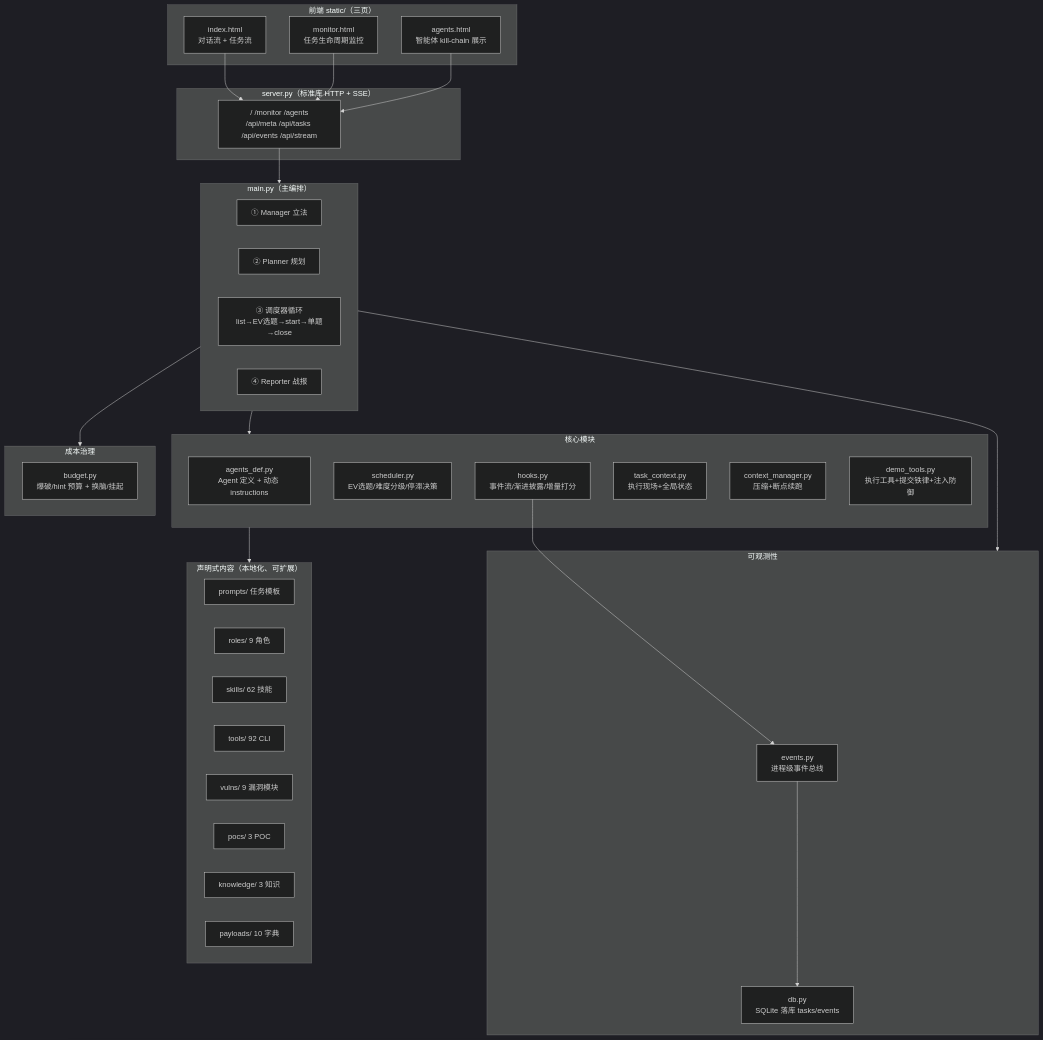
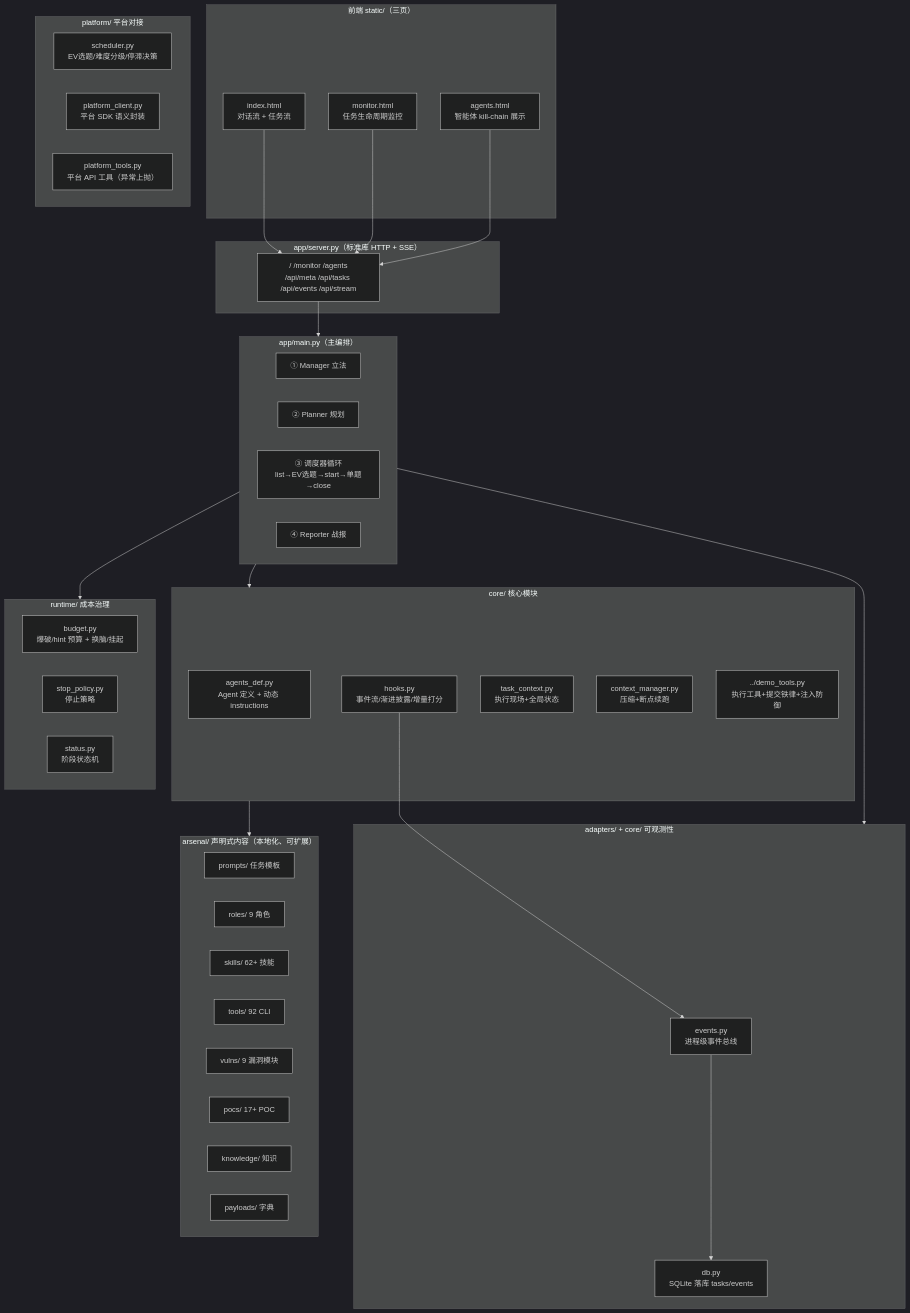
Before and after one commit to honysyang/secai: the first of 4 diagrams in README.md, drawn with Mermaid (dark theme). The commit also changed other lines of this file and 4 other files, not shown here.

````diff
--- a/README.md
+++ b/README.md
@@ -45,56 +47,63 @@
 ```mermaid
 flowchart TB
     subgraph Frontend["前端 static/（三页）"]
         FE1["index.html<br/>对话流 + 任务流"]
         FE2["monitor.html<br/>任务生命周期监控"]
         FE3["agents.html<br/>智能体 kill-chain 展示"]
     end
 
-    subgraph Server["server.py（标准库 HTTP + SSE）"]
+    subgraph Server["app/server.py（标准库 HTTP + SSE）"]
         SRV["/ /monitor /agents<br/>/api/meta /api/tasks /api/events /api/stream"]
     end
 
-    subgraph Orchestrator["main.py（主编排）"]
+    subgraph Orchestrator["app/main.py（主编排）"]
         MGR["① Manager 立法"]
         PLN["② Planner 规划"]
         SCH["③ 调度器循环<br/>list→EV选题→start→单题→close"]
         RPT["④ Reporter 战报"]
     end
 
-    subgraph Core["核心模块"]
+    subgraph Core["core/ 核心模块"]
         AGENT["agents_def.py<br/>Agent 定义 + 动态 instructions"]
-        SCHED["scheduler.py<br/>EV选题/难度分级/停滞决策"]
         HOOKS["hooks.py<br/>事件流/渐进披露/增量打分"]
         CTX["task_context.py<br/>执行现场+全局状态"]
         CTXM["context_manager.py<br/>压缩+断点续跑"]
-        TOOLS["demo_tools.py<br/>执行工具+提交铁律+注入防御"]
+        TOOLS["../demo_tools.py<br/>执行工具+提交铁律+注入防御"]
     end
 
-    subgraph Observability["可观测性"]
+    subgraph Platform["platform/ 平台对接"]
+        SCHED["scheduler.py<br/>EV选题/难度分级/停滞决策"]
+        PCLI["platform_client.py<br/>平台 SDK 语义封装"]
+        PTOOLS["platform_tools.py<br/>平台 API 工具（异常上抛）"]
+    end
+
+    subgraph Observability["adapters/ + core/ 可观测性"]
         BUS["events.py<br/>进程级事件总线"]
         DB["db.py<br/>SQLite 落库 tasks/events"]
     end
 
-    subgraph Budget["成本治理"]
+    subgraph Budget["runtime/ 成本治理"]
         BGT["budget.py<br/>爆破/hint 预算 + 换脑/挂起"]
+        STP["stop_policy.py<br/>停止策略"]
+        STA["status.py<br/>阶段状态机"]
     end
 
-    subgraph Declarative["声明式内容（本地化、可扩展）"]
+    subgraph Declarative["arsenal/ 声明式内容（本地化、可扩展）"]
         PROMPTS["prompts/ 任务模板"]
         ROLES["roles/ 9 角色"]
-        SKILLS["skills/ 62 技能"]
+        SKILLS["skills/ 62+ 技能"]
         CLITOOLS["tools/ 92 CLI"]
         VULNS["vulns/ 9 漏洞模块"]
-        POCS["pocs/ 3 POC"]
-        KNOW["knowledge/ 3 知识"]
-        PAYL["payloads/ 10 字典"]
+        POCS["pocs/ 17+ POC"]
+        KNOW["knowledge/ 知识"]
+        PAYL["payloads/ 字典"]
     end
 
     FE1 & FE2 & FE3 --> SRV
     SRV --> Orchestrator
     Orchestrator --> Core
     Orchestrator --> Budget
     Orchestrator --> Observability
     Core --> Declarative
     HOOKS --> BUS --> DB
 ```
````
